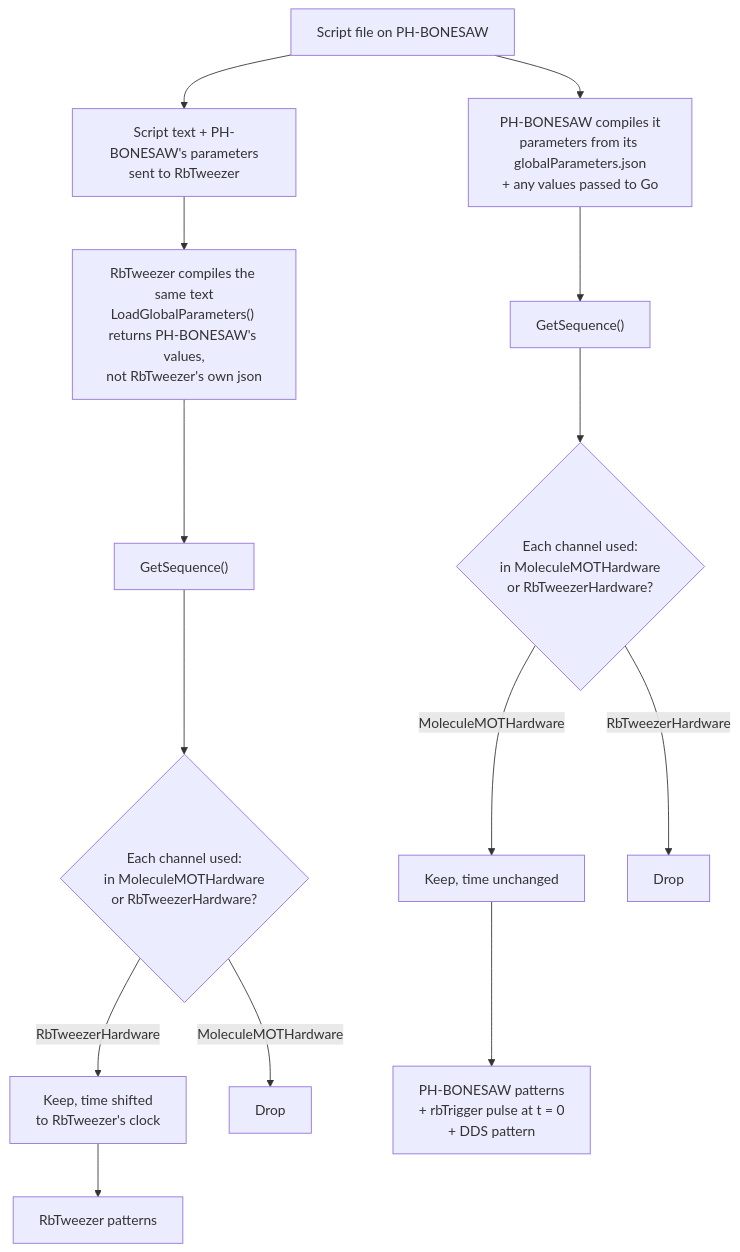
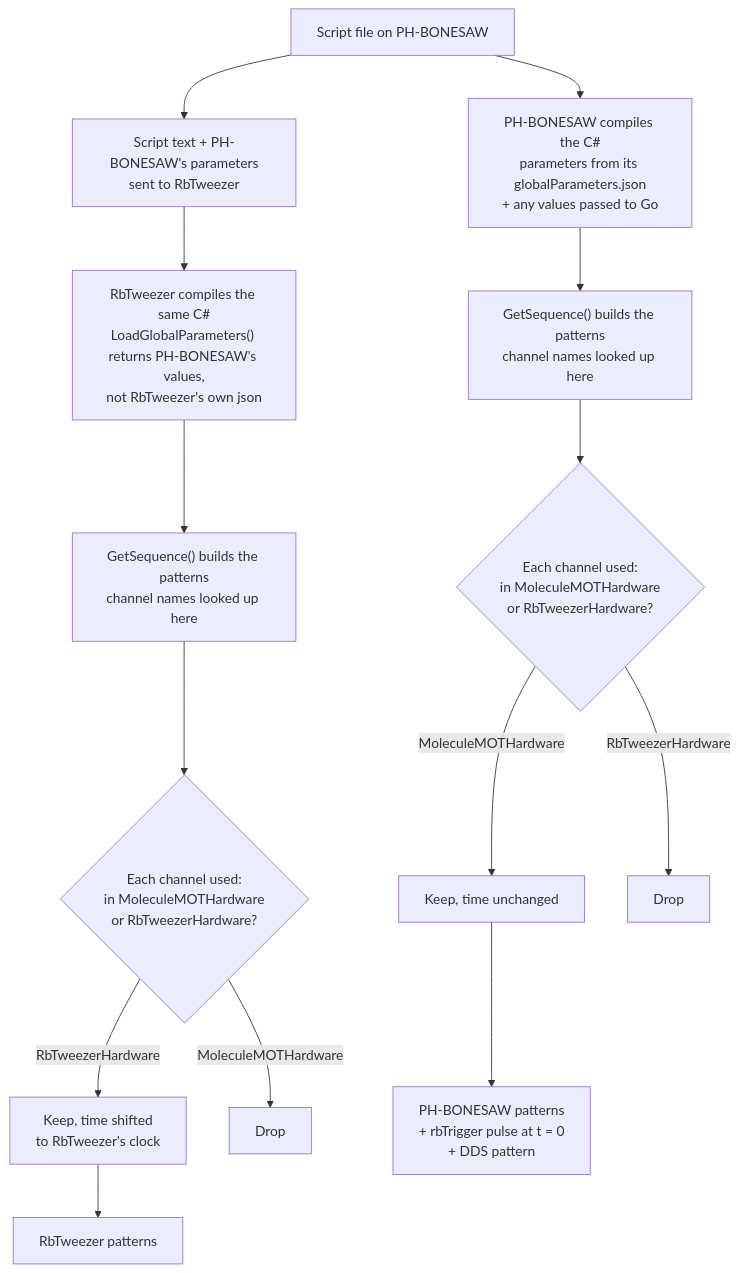
One commit to ColdMatter/EDMSuite changed the first of 2 diagrams in docs/linked-motmaster-flowchart.md. Above: the diagram before and after it, drawn with Mermaid. The commit also changed other lines of this file, not shown here.

Commit message:
docs: separate compiling a linked script from building its patterns

````diff
--- a/docs/linked-motmaster-flowchart.md
+++ b/docs/linked-motmaster-flowchart.md
@@ -7,16 +7,16 @@
 ```mermaid
 flowchart TD
-    F["Script file on PH-BONESAW"] --> C1["PH-BONESAW compiles it<br>parameters from its globalParameters.json<br>+ any values passed to Go"]
+    F["Script file on PH-BONESAW"] --> C1["PH-BONESAW compiles the C#<br>parameters from its globalParameters.json<br>+ any values passed to Go"]
     F --> T["Script text + PH-BONESAW's parameters<br>sent to RbTweezer"]
-    T --> C2["RbTweezer compiles the same text<br>LoadGlobalParameters() returns PH-BONESAW's values,<br>not RbTweezer's own json"]
-    C1 --> G1["GetSequence()"]
-    C2 --> G2["GetSequence()"]
+    T --> C2["RbTweezer compiles the same C#<br>LoadGlobalParameters() returns PH-BONESAW's values,<br>not RbTweezer's own json"]
+    C1 --> G1["GetSequence() builds the patterns<br>channel names looked up here"]
+    C2 --> G2["GetSequence() builds the patterns<br>channel names looked up here"]
     G1 --> Q1{"Each channel used:<br>in MoleculeMOTHardware<br>or RbTweezerHardware?"}
     G2 --> Q2{"Each channel used:<br>in MoleculeMOTHardware<br>or RbTweezerHardware?"}
     Q1 -- MoleculeMOTHardware --> K1["Keep, time unchanged"]
     Q1 -- RbTweezerHardware --> D1["Drop"]
     Q2 -- RbTweezerHardware --> K2["Keep, time shifted<br>to RbTweezer's clock"]
     Q2 -- MoleculeMOTHardware --> D2["Drop"]
     K1 --> P1["PH-BONESAW patterns<br>+ rbTrigger pulse at t = 0<br>+ DDS pattern"]
     K2 --> P2["RbTweezer patterns"]
 ```
````
